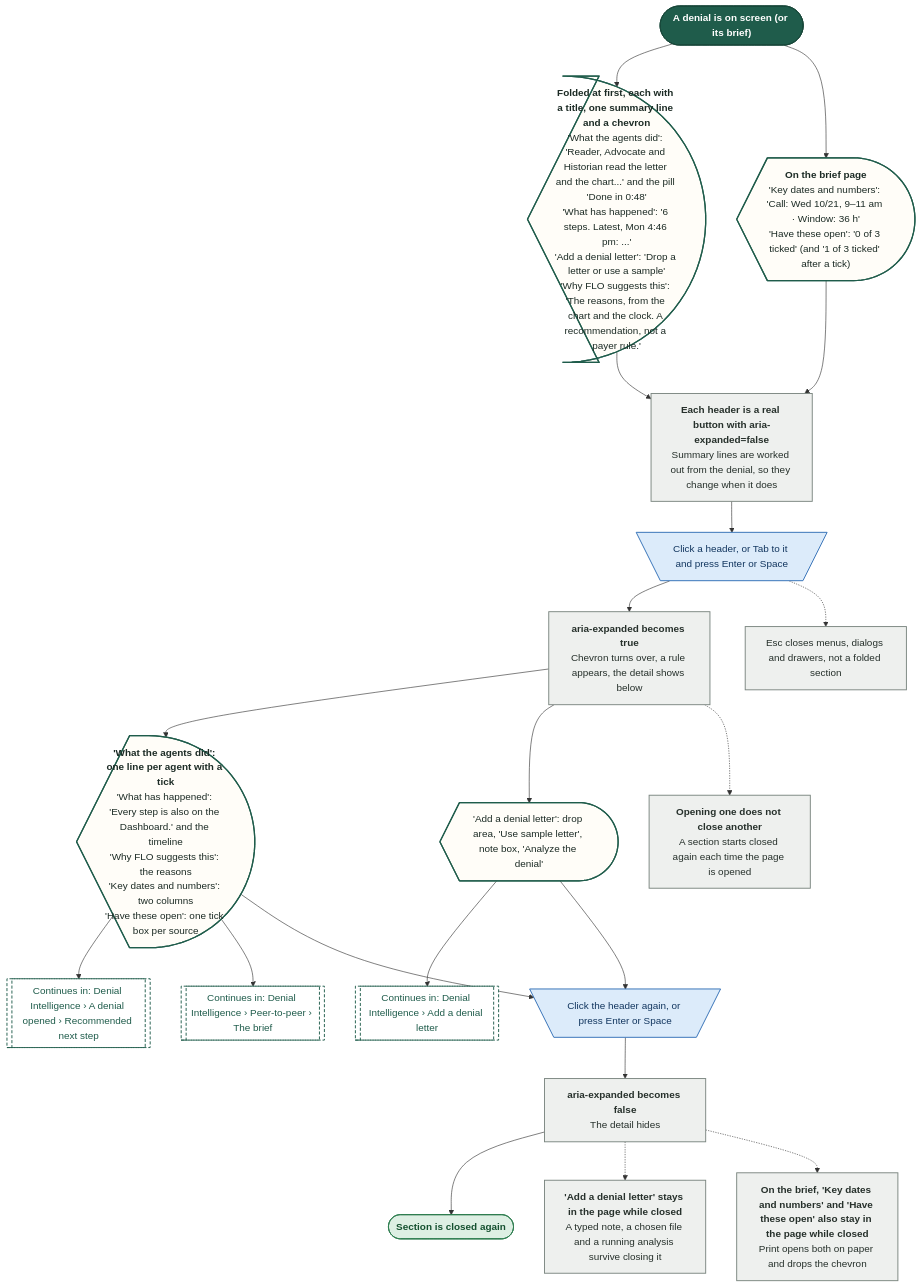
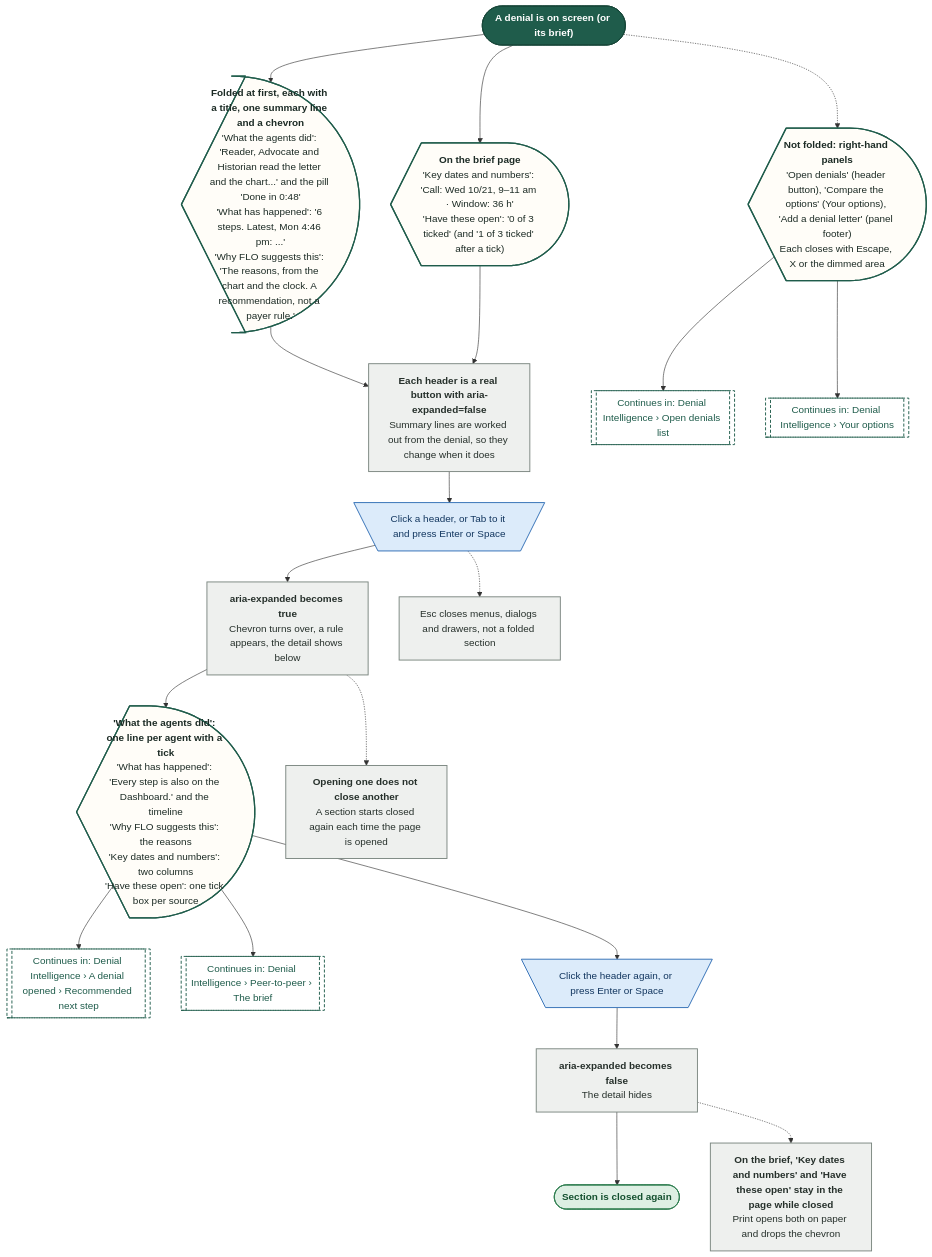
One commit to Shrav143/psyfloapp changed diagram 16 of 28 in demos/prior-auth-demo/workflows/out/md/06-denials.md. Above: the diagram before and after it, drawn with Mermaid. The commit also changed other lines of this file and 251 other files, not shown here.

First line of the commit message:
docs: rebuild the workflow diagrams (291) for round 4

````diff
--- a/demos/prior-auth-demo/workflows/out/md/06-denials.md
+++ b/demos/prior-auth-demo/workflows/out/md/06-denials.md
@@ -1257,57 +1281,57 @@
 ```mermaid
 %%{init: {"theme":"base","themeVariables":{"fontFamily":"'DM Sans', 'Segoe UI', system-ui, sans-serif","fontSize":"15px","lineColor":"#5B6B63","primaryTextColor":"#1C2B25","clusterBkg":"#FBF8F3","clusterBorder":"#D9CDBB","edgeLabelBackground":"#FFFFFF"},"flowchart":{"curve":"basis","nodeSpacing":36,"rankSpacing":48,"padding":12,"htmlLabels":true,"useMaxWidth":false,"wrappingWidth":230}} }%%
 flowchart TD
   classDef k_start fill:#1F5C4B,stroke:#174638,color:#FFFFFF,stroke-width:1.5px,font-weight:600
   classDef k_end fill:#DDEFE3,stroke:#2E7D4F,color:#14502F,stroke-width:1.5px,font-weight:600
   classDef k_endx fill:#FBE3E0,stroke:#C0392B,color:#7A1F16,stroke-width:1.5px,font-weight:600
   classDef k_screen fill:#FFFDF8,stroke:#1F5C4B,color:#1C2B25,stroke-width:2px
   classDef k_overlay fill:#F1F7F3,stroke:#1F5C4B,color:#1C2B25,stroke-width:2px,stroke-dasharray:5 3
   classDef k_click fill:#DCEBFA,stroke:#2F6DB5,color:#12365F,stroke-width:1.5px
   classDef k_input fill:#E4E7FF,stroke:#4C5FD5,color:#1D2670,stroke-width:1.5px
   classDef k_process fill:#EEF0EE,stroke:#7A857F,color:#26302B,stroke-width:1.5px
   classDef k_agent fill:#EEE5FA,stroke:#7A4FC2,color:#341A63,stroke-width:1.5px
   classDef k_decision fill:#FFF0CC,stroke:#D9962B,color:#5C3B00,stroke-width:1.5px
   classDef k_store fill:#D5F0EA,stroke:#1C8E7B,color:#0B4A3F,stroke-width:1.5px
   classDef k_doc fill:#F6E9DC,stroke:#B07A4C,color:#4A2E14,stroke-width:1.5px
   classDef k_ext fill:#FFE6D2,stroke:#E07B39,color:#6B2F06,stroke-width:1.5px
   classDef k_wait fill:#E4E8EE,stroke:#6B7C93,color:#26303D,stroke-width:1.5px
   classDef k_toast fill:#FFF9DB,stroke:#C9A400,color:#5A4A00,stroke-width:1.5px
   classDef k_goto fill:#FFFFFF,stroke:#1F5C4B,color:#1F5C4B,stroke-width:1.5px,stroke-dasharray:5 3
   s1@{ shape: stadium, label: "A denial is on screen (or its brief)" }
-  f1@{ shape: curv-trap, label: "<b>Folded at first, each with a title, one summary line and a chevron</b><br/>'What the agents did': 'Reader, Advocate and Historian read the letter and the chart...' and the pill 'Done in 0:48'<br/>'What has happened': '6 steps. Latest, Mon 4:46 pm: ...'<br/>'Add a denial letter': 'Drop a letter or use a sample'<br/>'Why FLO suggests this': 'The reasons, from the chart and the clock. A recommendation, not a payer rule.'" }
+  f1@{ shape: curv-trap, label: "<b>Folded at first, each with a title, one summary line and a chevron</b><br/>'What the agents did': 'Reader, Advocate and Historian read the letter and the chart...' and the pill 'Done in 0:48'<br/>'What has happened': '6 steps. Latest, Mon 4:46 pm: ...'<br/>'Why FLO suggests this': 'The reasons, from the chart and the clock. A recommendation, not a payer rule.'" }
   f2@{ shape: curv-trap, label: "<b>On the brief page</b><br/>'Key dates and numbers': 'Call: Wed 10/21, 9–11 am · Window: 36 h'<br/>'Have these open': '0 of 3 ticked' (and '1 of 3 ticked' after a tick)" }
   pa@{ shape: rect, label: "<b>Each header is a real button with aria-expanded=false</b><br/>Summary lines are worked out from the denial, so they change when it does" }
+  pn@{ shape: curv-trap, label: "<b>Not folded: right-hand panels</b><br/>'Open denials' (header button), 'Compare the options' (Your options), 'Add a denial letter' (panel footer)<br/>Each closes with Escape, X or the dimmed area" }
+  g1@{ shape: subproc, label: "Continues in: Denial Intelligence › Open denials list" }
+  g4@{ shape: subproc, label: "Continues in: Denial Intelligence › Your options" }
   c1@{ shape: trap-t, label: "Click a header, or Tab to it and press Enter or Space" }
   p1@{ shape: rect, label: "<b>aria-expanded becomes true</b><br/>Chevron turns over, a rule appears, the detail shows below" }
   d1@{ shape: curv-trap, label: "<b>'What the agents did': one line per agent with a tick</b><br/>'What has happened': 'Every step is also on the Dashboard.' and the timeline<br/>'Why FLO suggests this': the reasons<br/>'Key dates and numbers': two columns<br/>'Have these open': one tick box per source" }
-  d2@{ shape: curv-trap, label: "'Add a denial letter': drop area, 'Use sample letter', note box, 'Analyze the denial'" }
-  g1@{ shape: subproc, label: "Continues in: Denial Intelligence › Add a denial letter" }
   g2@{ shape: subproc, label: "Continues in: Denial Intelligence › A denial opened › Recommended next step" }
   g3@{ shape: subproc, label: "Continues in: Denial Intelligence › Peer-to-peer › The brief" }
   c2@{ shape: trap-t, label: "Click the header again, or press Enter or Space" }
   p2@{ shape: rect, label: "<b>aria-expanded becomes false</b><br/>The detail hides" }
-  p3@{ shape: rect, label: "<b>'Add a denial letter' stays in the page while closed</b><br/>A typed note, a chosen file and a running analysis survive closing it" }
-  p4@{ shape: rect, label: "<b>On the brief, 'Key dates and numbers' and 'Have these open' also stay in the page while closed</b><br/>Print opens both on paper and drops the chevron" }
+  p4@{ shape: rect, label: "<b>On the brief, 'Key dates and numbers' and 'Have these open' stay in the page while closed</b><br/>Print opens both on paper and drops the chevron" }
   p5@{ shape: rect, label: "Esc closes menus, dialogs and drawers, not a folded section" }
   p6@{ shape: rect, label: "<b>Opening one does not close another</b><br/>A section starts closed again each time the page is opened" }
   e1@{ shape: stadium, label: "Section is closed again" }
   s1 --> f1 --> pa
   s1 --> f2 --> pa
+  s1 -.-> pn
+  pn --> g1
+  pn --> g4
   pa --> c1 --> p1
   p1 --> d1
-  p1 --> d2 --> g1
   d1 --> g2
   d1 --> g3
   d1 --> c2 --> p2 --> e1
-  d2 --> c2
-  p2 -.-> p3
   p2 -.-> p4
   p1 -.-> p6
   c1 -.-> p5
   class s1 k_start
-  class f1,f2,d1,d2 k_screen
-  class pa,p1,p2,p3,p4,p5,p6 k_process
+  class f1,f2,pn,d1 k_screen
+  class pa,p1,p2,p4,p5,p6 k_process
+  class g1,g4,g2,g3 k_goto
   class c1,c2 k_click
-  class g1,g2,g3 k_goto
   class e1 k_end
 ```
````
